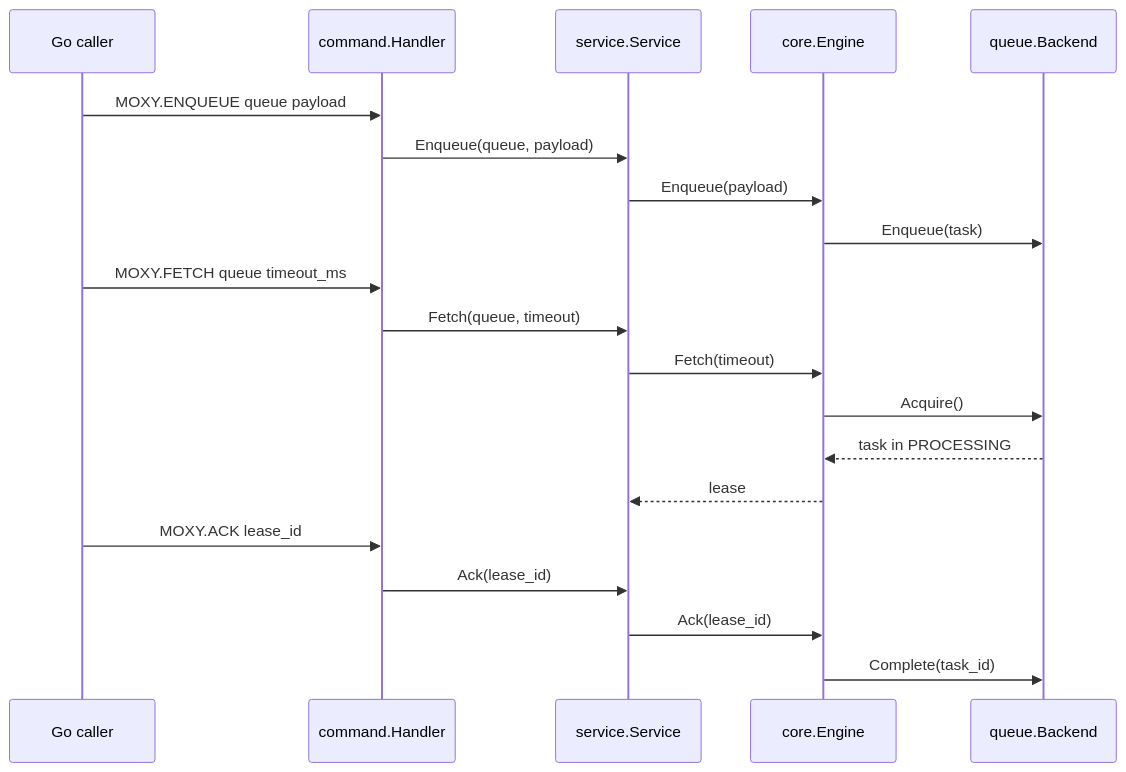
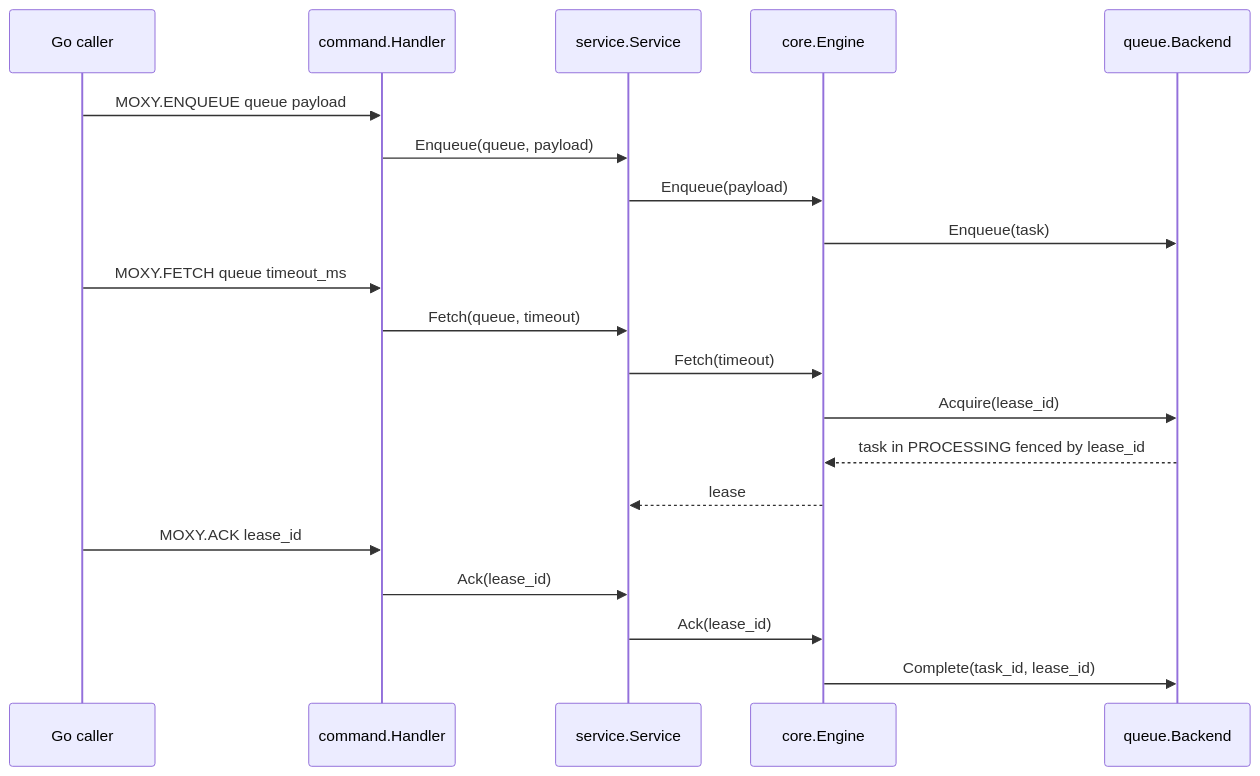
Before and after one commit to tempoloss/moxy: the diagram in ARCHITECTURE.md, drawn with Mermaid. The commit also changed other lines of this file and 6 other files, not shown here.

````diff
--- a/ARCHITECTURE.md
+++ b/ARCHITECTURE.md
@@ -40,25 +49,25 @@
 ```mermaid
 sequenceDiagram
     participant Client as Go caller
     participant Command as command.Handler
     participant Service as service.Service
     participant Engine as core.Engine
     participant Backend as queue.Backend
 
     Client->>Command: MOXY.ENQUEUE queue payload
     Command->>Service: Enqueue(queue, payload)
     Service->>Engine: Enqueue(payload)
     Engine->>Backend: Enqueue(task)
 
     Client->>Command: MOXY.FETCH queue timeout_ms
     Command->>Service: Fetch(queue, timeout)
     Service->>Engine: Fetch(timeout)
-    Engine->>Backend: Acquire()
-    Backend-->>Engine: task in PROCESSING
+    Engine->>Backend: Acquire(lease_id)
+    Backend-->>Engine: task in PROCESSING fenced by lease_id
     Engine-->>Service: lease
 
     Client->>Command: MOXY.ACK lease_id
     Command->>Service: Ack(lease_id)
     Service->>Engine: Ack(lease_id)
-    Engine->>Backend: Complete(task_id)
+    Engine->>Backend: Complete(task_id, lease_id)
 ```
````
